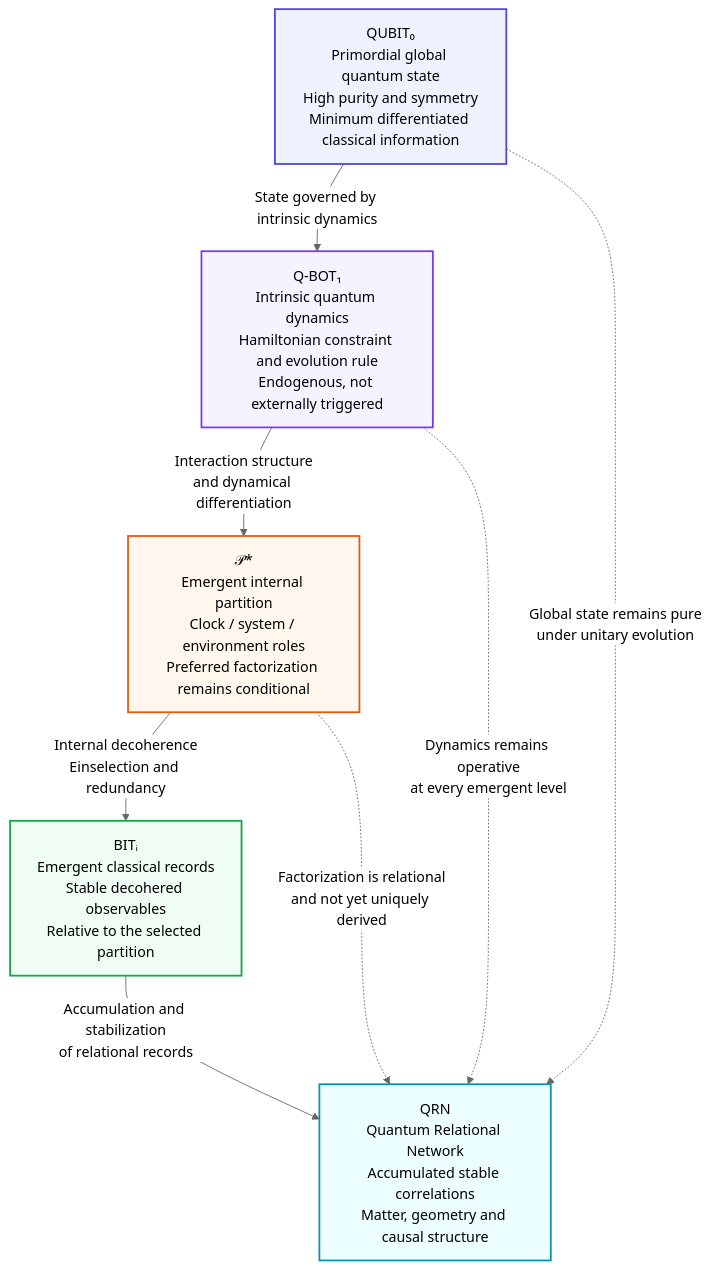
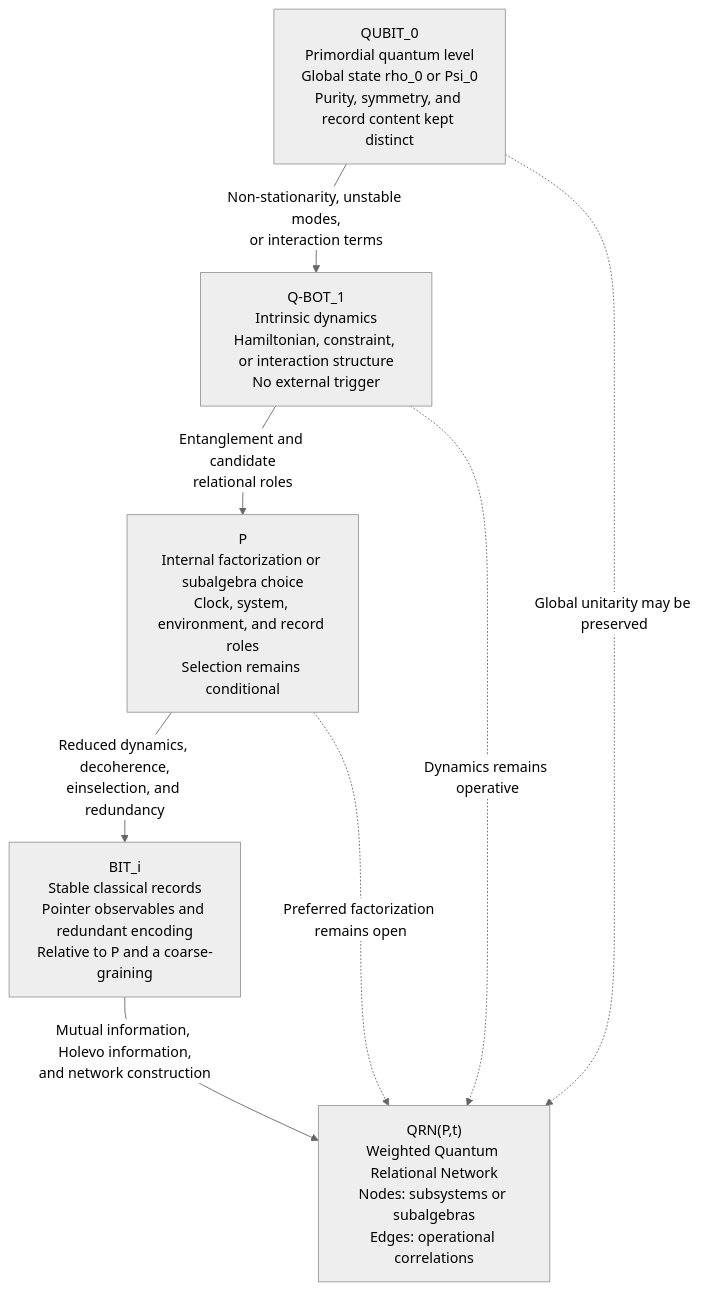
The first of 4 diagrams in README.md (AmedeoPelliccia/AmedeoPelliccia), drawn with Mermaid (neutral theme) before and after one commit. The commit also changed other lines of this file, not shown here.

````diff
--- a/README.md
+++ b/README.md
@@ -21,38 +43,17 @@
 ```mermaid
 flowchart TD
-  QUBIT["QUBIT₀<br/>Primordial global quantum state<br/>High purity and symmetry<br/>Minimum differentiated classical information"]
+  QUBIT["QUBIT_0<br/>Primordial quantum level<br/>Global state rho_0 or Psi_0<br/>Purity, symmetry, and record content kept distinct"]
+  QBOT["Q-BOT_1<br/>Intrinsic dynamics<br/>Hamiltonian, constraint, or interaction structure<br/>No external trigger"]
+  PART["P<br/>Internal factorization or subalgebra choice<br/>Clock, system, environment, and record roles<br/>Selection remains conditional"]
+  BIT["BIT_i<br/>Stable classical records<br/>Pointer observables and redundant encoding<br/>Relative to P and a coarse-graining"]
+  QRN["QRN(P,t)<br/>Weighted Quantum Relational Network<br/>Nodes: subsystems or subalgebras<br/>Edges: operational correlations"]
 
-  QBOT["Q-BOT₁<br/>Intrinsic quantum dynamics<br/>Hamiltonian constraint and evolution rule<br/>Endogenous, not externally triggered"]
+  QUBIT -->|"Non-stationarity, unstable modes,<br/>or interaction terms"| QBOT
+  QBOT -->|"Entanglement and candidate<br/>relational roles"| PART
+  PART -->|"Reduced dynamics, decoherence,<br/>einselection, and redundancy"| BIT
+  BIT -->|"Mutual information, Holevo information,<br/>and network construction"| QRN
 
-  PART["𝒫*<br/>Emergent internal partition<br/>Clock / system / environment roles<br/>Preferred factorization remains conditional"]
-
-  BIT["BITᵢ<br/>Emergent classical records<br/>Stable decohered observables<br/>Relative to the selected partition"]
-
-  QRN["QRN<br/>Quantum Relational Network<br/>Accumulated stable correlations<br/>Matter, geometry and causal structure"]
-
-  QUBIT -->|"State governed by intrinsic dynamics"| QBOT
-
-  QBOT -->|"Interaction structure<br/>and dynamical differentiation"| PART
-
-  PART -->|"Internal decoherence<br/>Einselection and redundancy"| BIT
-
-  BIT -->|"Accumulation and stabilization<br/>of relational records"| QRN
-
-  QUBIT -.->|"Global state remains pure<br/>under unitary evolution"| QRN
-
-  QBOT -.->|"Dynamics remains operative<br/>at every emergent level"| QRN
-
-  PART -.->|"Factorization is relational<br/>and not yet uniquely derived"| QRN
-
-  classDef quantum fill:#EEF2FF,stroke:#4F46E5,stroke-width:2px;
-  classDef operator fill:#F5F3FF,stroke:#7C3AED,stroke-width:2px;
-  classDef partition fill:#FFF7ED,stroke:#EA580C,stroke-width:2px;
-  classDef classical fill:#F0FDF4,stroke:#16A34A,stroke-width:2px;
-  classDef network fill:#ECFEFF,stroke:#0891B2,stroke-width:2px;
-
-  class QUBIT quantum;
-  class QBOT operator;
-  class PART partition;
-  class BIT classical;
-  class QRN network;
+  QUBIT -.->|"Global unitarity may be preserved"| QRN
+  QBOT -.->|"Dynamics remains operative"| QRN
+  PART -.->|"Preferred factorization remains open"| QRN
 ```
````
